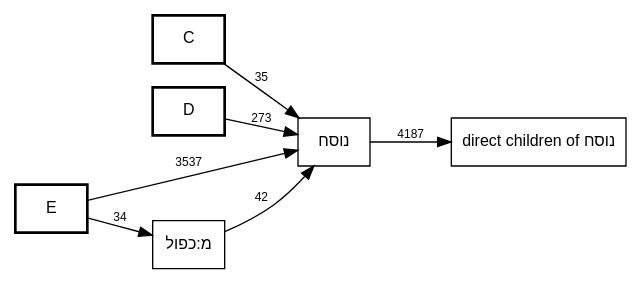
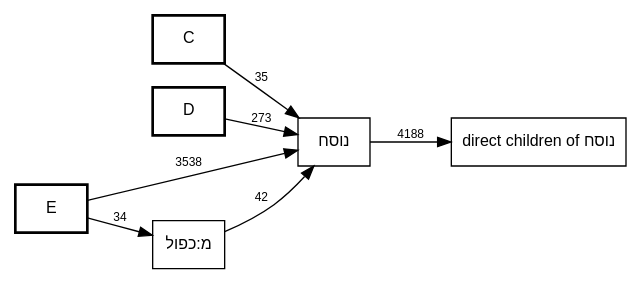
One commit to bdenckla/MAM-basics changed the diagram in out/MAM-tmpl-survey/plus-nusach-call-graph.dot. Above: the diagram before and after it, drawn with Graphviz. The commit also changed 8 other files, not shown here.

```diff
--- a/out/MAM-tmpl-survey/plus-nusach-call-graph.dot
+++ b/out/MAM-tmpl-survey/plus-nusach-call-graph.dot
@@ -1,60 +1,60 @@
 digraph template_call_graph {
     rankdir=LR;
     node [fontname="SBL Hebrew,Helvetica", fontsize=12];
     edge [fontname="Helvetica", fontsize=9];
 
     // Column nodes
     node [shape=box, style=bold];
     "C";
     "D";
     "E";
 
     // Template nodes
     node [shape=box, style=""];
     "direct children of נוסח" [tooltip="כו\"ק
 כתיב ולא קרי
 מ:אות-מיוחדת-במילה
 מ:אין פרשה בתחילת פרק
 מ:אין פרשה בתחילת פרק בספרי אמ\"ת
 מ:דחי
 מ:הערה-2
 מ:כו\"ק בין שני מקפים
 מ:כו\"ק כתיב מילה חדה וקרי תרתין מילין
 מ:כו\"ק כתיב מילה חדה וקרי תרתין מילין בין שני מקפים
 מ:כו\"ק כתיב תרתין מילין וקרי מילה חדה
 מ:כו\"ק קרי שונה מהכתיב בשתי מילים
 מ:כו\"ק של שלוש מילים בהערה אחת
 מ:כו\"ק של שתי מילים בהערה אחת
 מ:לגרמיה-2
 מ:מקף אפור
 מ:נו\"ן הפוכה
 מ:פסוק
 מ:פסק
 מ:צינור
 מ:קו\"כ כתיב מילה חדה וקרי תרתין מילין
 מ:קו\"כ קרי שונה מהכתיב בשתי מילים
 מ:קישור בהערה
 מ:קישור פנימי בהערה
 מ:קמץ
 מודגש
 סס
 ססס
 פפ
 פפפ
 קו\"כ
 קו\"כ-אם
 קרי ולא כתיב
 ר0
 ר1
 ר3
 ר4
 ש"];
 
     // Edges
     "C" -> "נוסח" [label="35"];
     "D" -> "נוסח" [label="273"];
     "E" -> "מ:כפול" [label="34"];
-    "E" -> "נוסח" [label="3537"];
+    "E" -> "נוסח" [label="3538"];
     "מ:כפול" -> "נוסח" [label="42"];
-    "נוסח" -> "direct children of נוסח" [label="4187"];
+    "נוסח" -> "direct children of נוסח" [label="4188"];
 }
```
